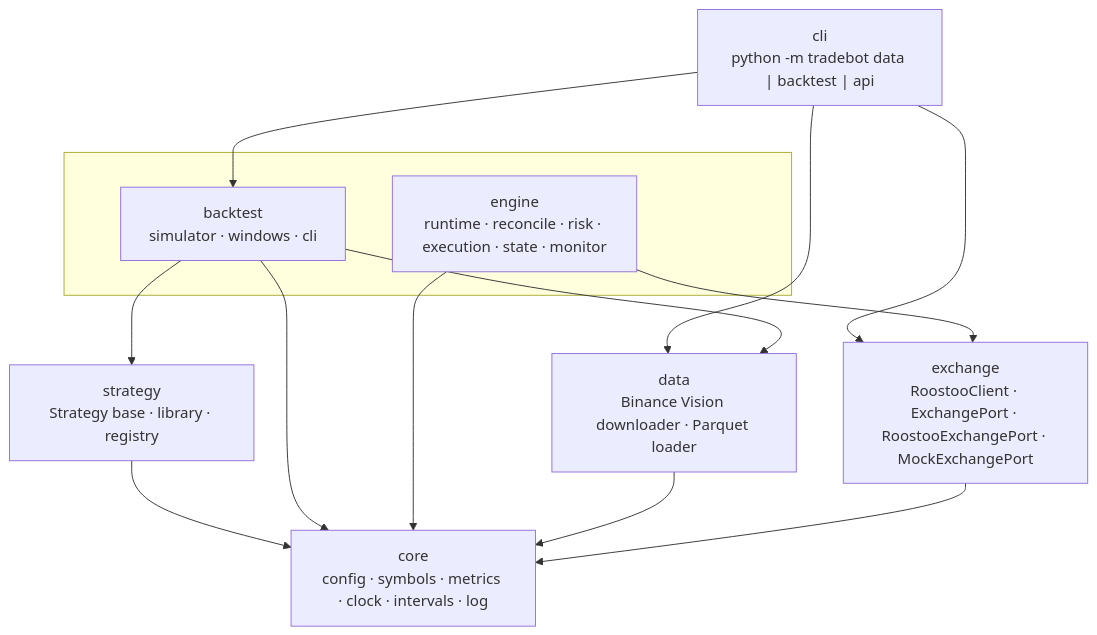
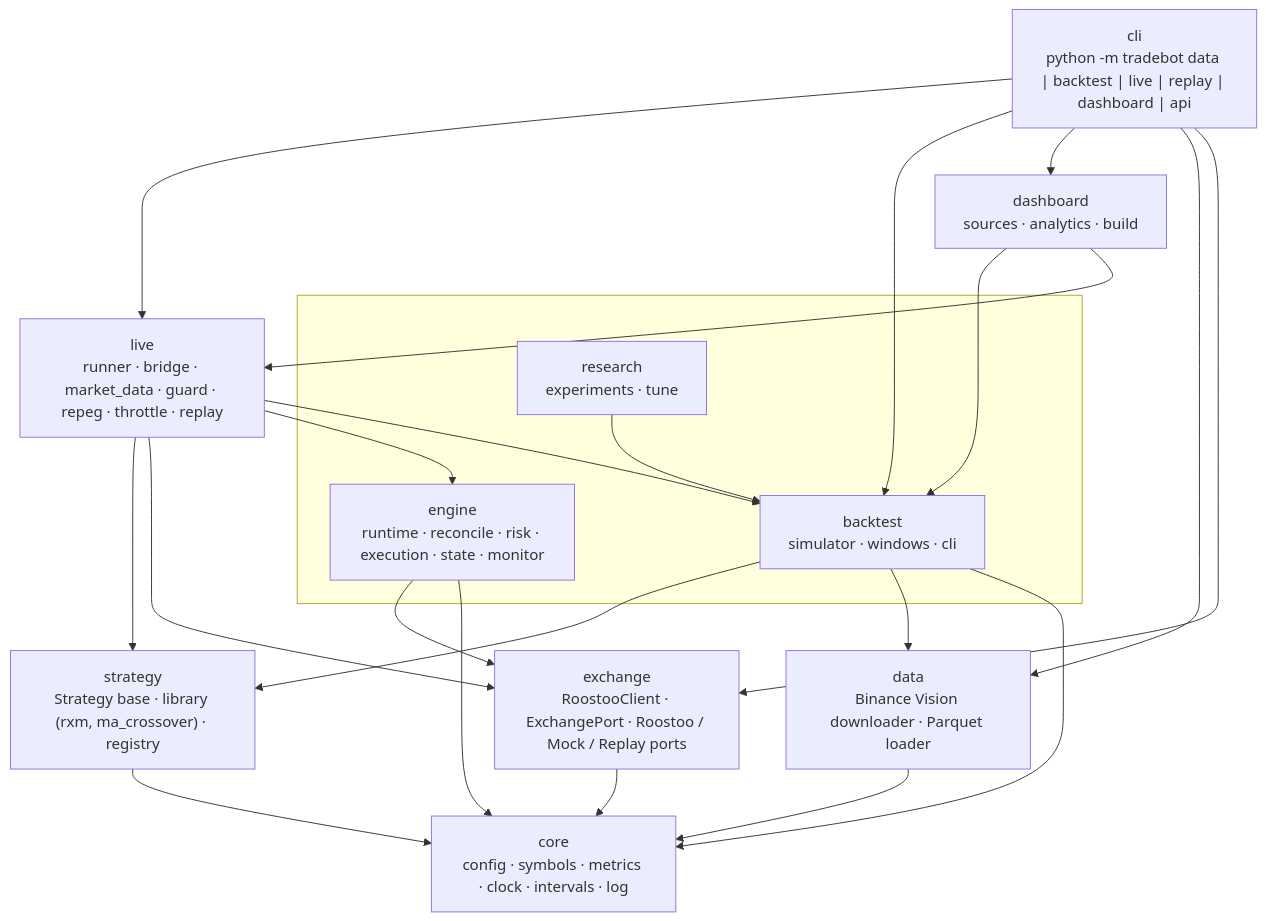
One commit to spacks-byte/situational_unawarness changed the first of 3 diagrams in docs/ARCHITECTURE.md. Above: the diagram before and after it, drawn with Mermaid. The commit also changed other lines of this file and 49 other files, not shown here.

First line of the commit message:
Port RXM strategy into tradebot; add unattended live runner and candle bridge

````diff
--- a/docs/ARCHITECTURE.md
+++ b/docs/ARCHITECTURE.md
@@ -9,24 +9,36 @@
 ```mermaid
 flowchart TB
-    cli["cli<br/>python -m tradebot data | backtest | api"]
+    cli["cli<br/>python -m tradebot data | backtest | live | replay | dashboard | api"]
+    live["live<br/>runner · bridge · market_data · guard · repeg · throttle · replay"]
+    dashboard["dashboard<br/>sources · analytics · build"]
     subgraph apps[" "]
+        research["research<br/>experiments · tune"]
         backtest["backtest<br/>simulator · windows · cli"]
         engine["engine<br/>runtime · reconcile · risk · execution · state · monitor"]
     end
-    strategy["strategy<br/>Strategy base · library · registry"]
+    strategy["strategy<br/>Strategy base · library (rxm, ma_crossover) · registry"]
     data["data<br/>Binance Vision downloader · Parquet loader"]
-    exchange["exchange<br/>RoostooClient · ExchangePort · RoostooExchangePort · MockExchangePort"]
+    exchange["exchange<br/>RoostooClient · ExchangePort · Roostoo / Mock / Replay ports"]
     core["core<br/>config · symbols · metrics · clock · intervals · log"]
 
+    cli --> live
     cli --> backtest
+    cli --> dashboard
     cli --> data
     cli --> exchange
+    live --> engine
+    live --> strategy
+    live --> exchange
+    live --> backtest
+    dashboard --> backtest
+    dashboard --> live
+    research --> backtest
     backtest --> strategy
     backtest --> data
     engine --> exchange
     strategy --> core
     backtest --> core
     engine --> core
     data --> core
     exchange --> core
 ```
````
